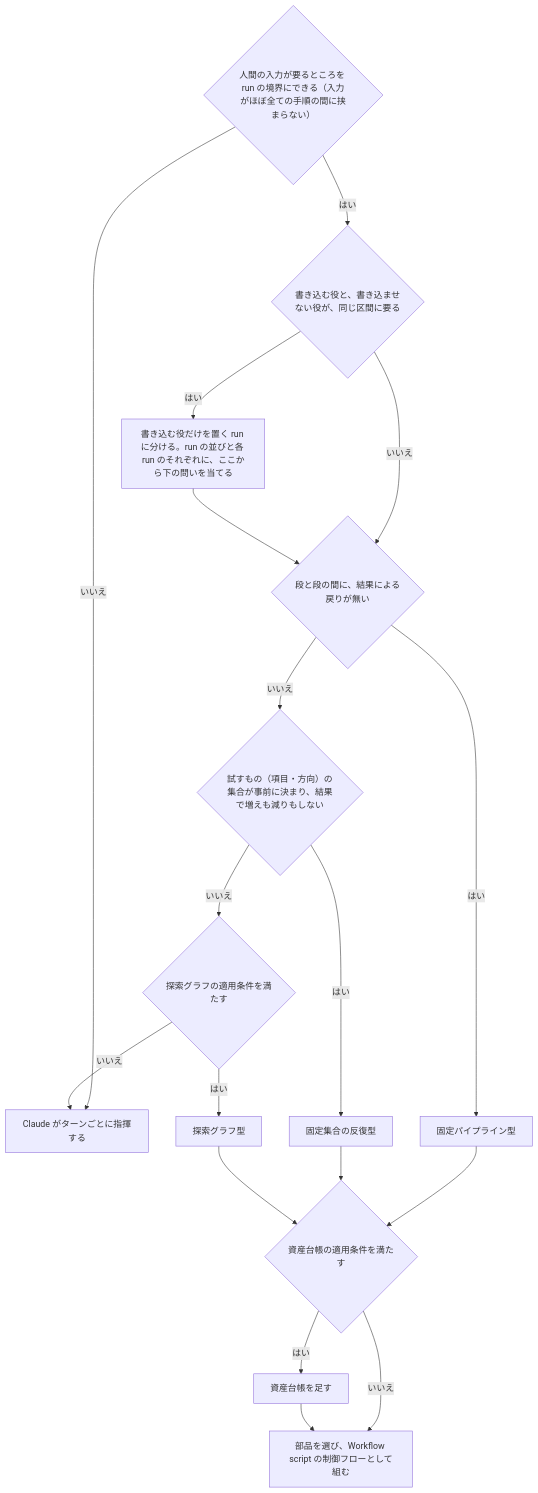
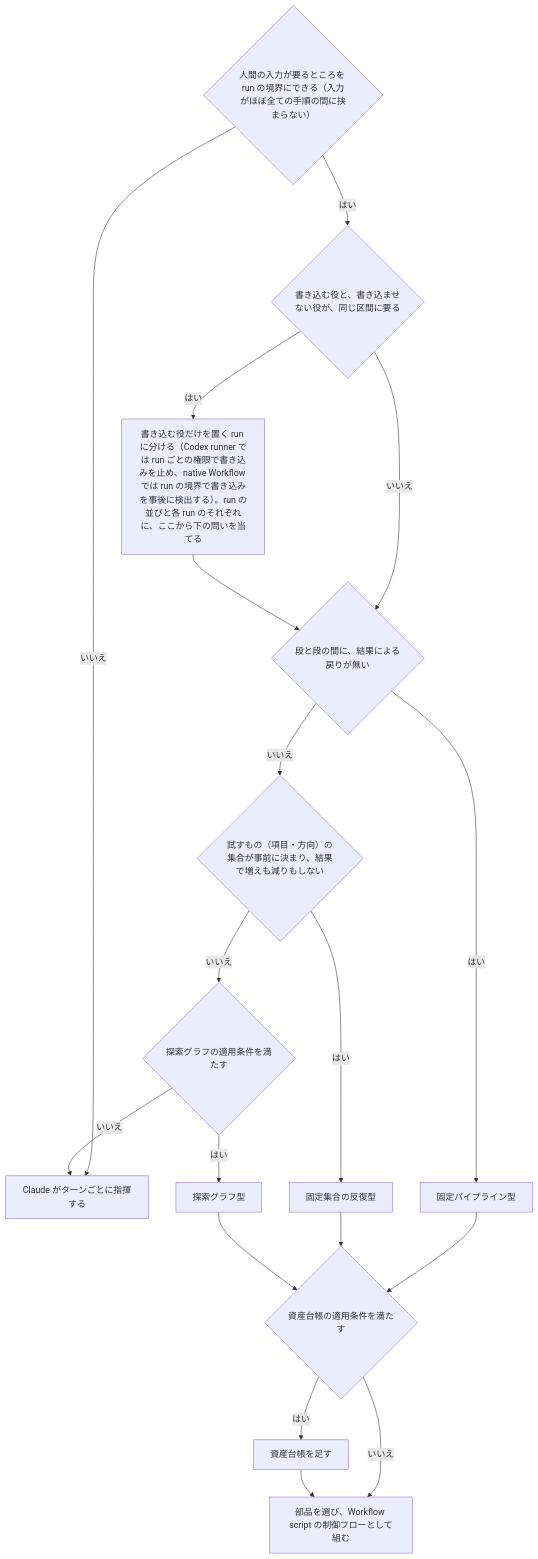
Before and after one commit to yoshiysh/claude-plugins: the second of 3 diagrams in docs/design/skill-design-patterns.md, drawn with Mermaid. The commit also changed other lines of this file and 2 other files, not shown here.

````diff
--- a/docs/design/skill-design-patterns.md
+++ b/docs/design/skill-design-patterns.md
@@ -99,20 +99,20 @@
 ```mermaid
 flowchart TD
   A{"人間の入力が要るところを run の境界にできる（入力がほぼ全ての手順の間に挟まらない）"} -- いいえ --> T["Claude がターンごとに指揮する"]
   A -- はい --> W{"書き込む役と、書き込ませない役が、同じ区間に要る"}
-  W -- はい --> R["書き込む役だけを置く run に分ける。run の並びと各 run のそれぞれに、ここから下の問いを当てる"]
+  W -- はい --> R["書き込む役だけを置く run に分ける（Codex runner では run ごとの権限で書き込みを止め、native Workflow では run の境界で書き込みを事後に検出する）。run の並びと各 run のそれぞれに、ここから下の問いを当てる"]
   W -- いいえ --> Q1{"段と段の間に、結果による戻りが無い"}
   R --> Q1
   Q1 -- はい --> P["固定パイプライン型"]
   Q1 -- いいえ --> Q2{"試すもの（項目・方向）の集合が事前に決まり、結果で増えも減りもしない"}
   Q2 -- はい --> GV["固定集合の反復型"]
   Q2 -- いいえ --> Q3{"探索グラフの適用条件を満たす"}
   Q3 -- はい --> G["探索グラフ型"]
   Q3 -- いいえ --> T
   P --> Q4{"資産台帳の適用条件を満たす"}
   GV --> Q4
   G --> Q4
   Q4 -- はい --> L["資産台帳を足す"]
   Q4 -- いいえ --> S
   L --> S["部品を選び、Workflow script の制御フローとして組む"]
 ```
````
